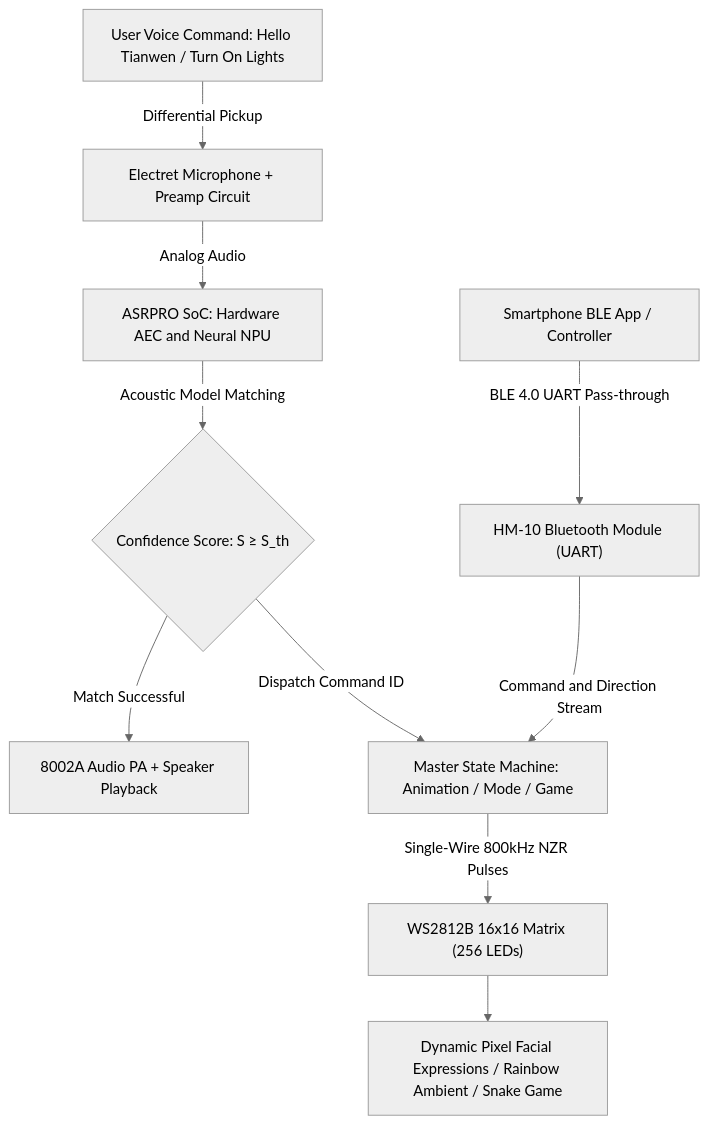
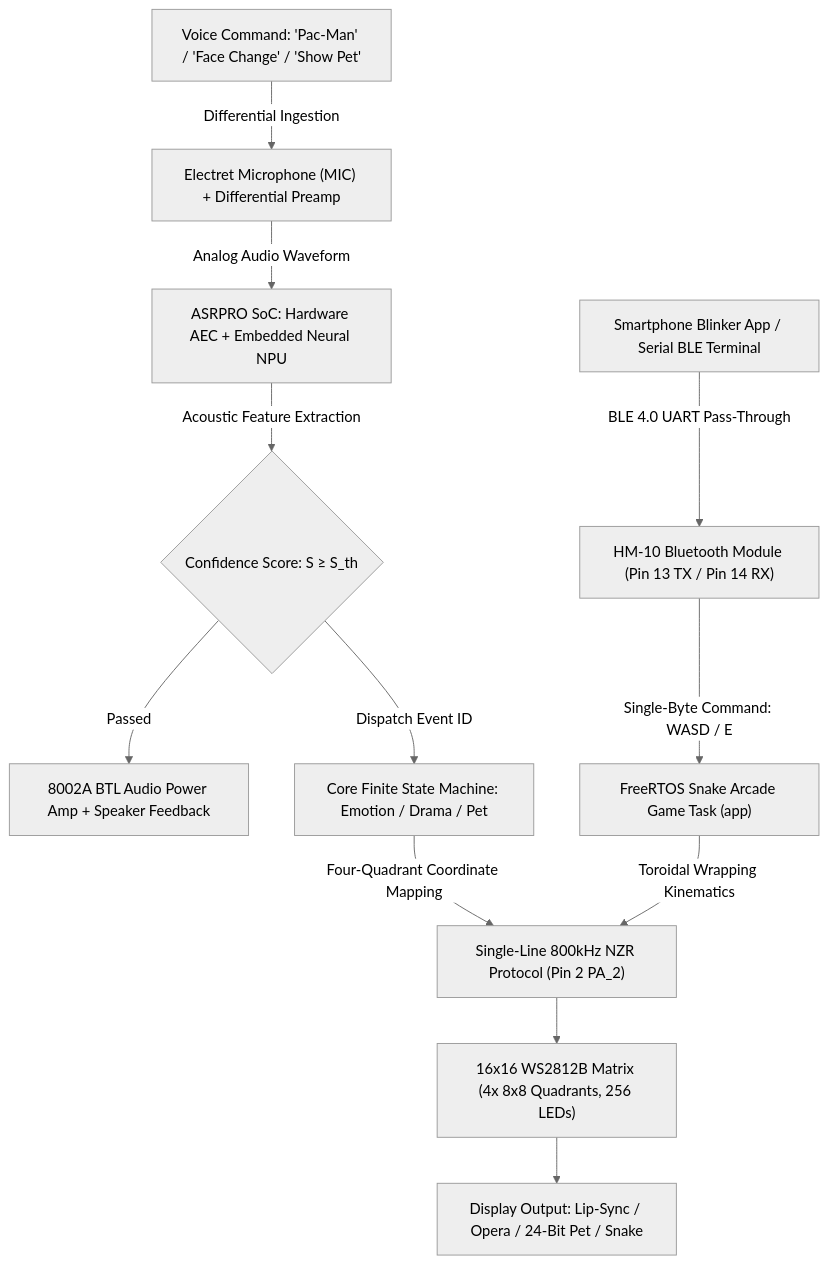
One commit to DongFengPo1412/Intelligent-Lighting-Control-System-Basic changed the diagram in README_EN.md. Above: the diagram before and after it, drawn with Mermaid (neutral theme). The commit also changed other lines of this file and 4 other files, not shown here.

````diff
--- a/README_EN.md
+++ b/README_EN.md
@@ -66,12 +74,14 @@
 ```mermaid
 flowchart TD
-    A["User Voice Command: Hello Tianwen / Turn On Lights"] -->|Differential Pickup| B["Electret Microphone + Preamp Circuit"]
-    B -->|Analog Audio| C["ASRPRO SoC: Hardware AEC and Neural NPU"]
-    C -->|Acoustic Model Matching| D{"Confidence Score: S ≥ S_th"}
-    D -->|Match Successful| E["8002A Audio PA + Speaker Playback"]
-    D -->|Dispatch Command ID| F["Master State Machine: Animation / Mode / Game"]
-    G["Smartphone BLE App / Controller"] -->|BLE 4.0 UART Pass-through| H["HM-10 Bluetooth Module (UART)"]
-    H -->|Command and Direction Stream| F
-    F -->|Single-Wire 800kHz NZR Pulses| I["WS2812B 16x16 Matrix (256 LEDs)"]
-    I --> J["Dynamic Pixel Facial Expressions / Rainbow Ambient / Snake Game"]
+    A["Voice Command: 'Pac-Man' / 'Face Change' / 'Show Pet'"] -->|Differential Ingestion| B["Electret Microphone (MIC) + Differential Preamp"]
+    B -->|Analog Audio Waveform| C["ASRPRO SoC: Hardware AEC + Embedded Neural NPU"]
+    C -->|Acoustic Feature Extraction| D{"Confidence Score: S ≥ S_th"}
+    D -->|Passed| E["8002A BTL Audio Power Amp + Speaker Feedback"]
+    D -->|Dispatch Event ID| F["Core Finite State Machine: Emotion / Drama / Pet"]
+    G["Smartphone Blinker App / Serial BLE Terminal"] -->|BLE 4.0 UART Pass-Through| H["HM-10 Bluetooth Module (Pin 13 TX / Pin 14 RX)"]
+    H -->|Single-Byte Command: WASD / E| I["FreeRTOS Snake Arcade Game Task (app)"]
+    F -->|Four-Quadrant Coordinate Mapping| J["Single-Line 800kHz NZR Protocol (Pin 2 PA_2)"]
+    I -->|Toroidal Wrapping Kinematics| J
+    J --> K["16x16 WS2812B Matrix (4x 8x8 Quadrants, 256 LEDs)"]
+    K --> L["Display Output: Lip-Sync / Opera / 24-Bit Pet / Snake"]
 ```
````
